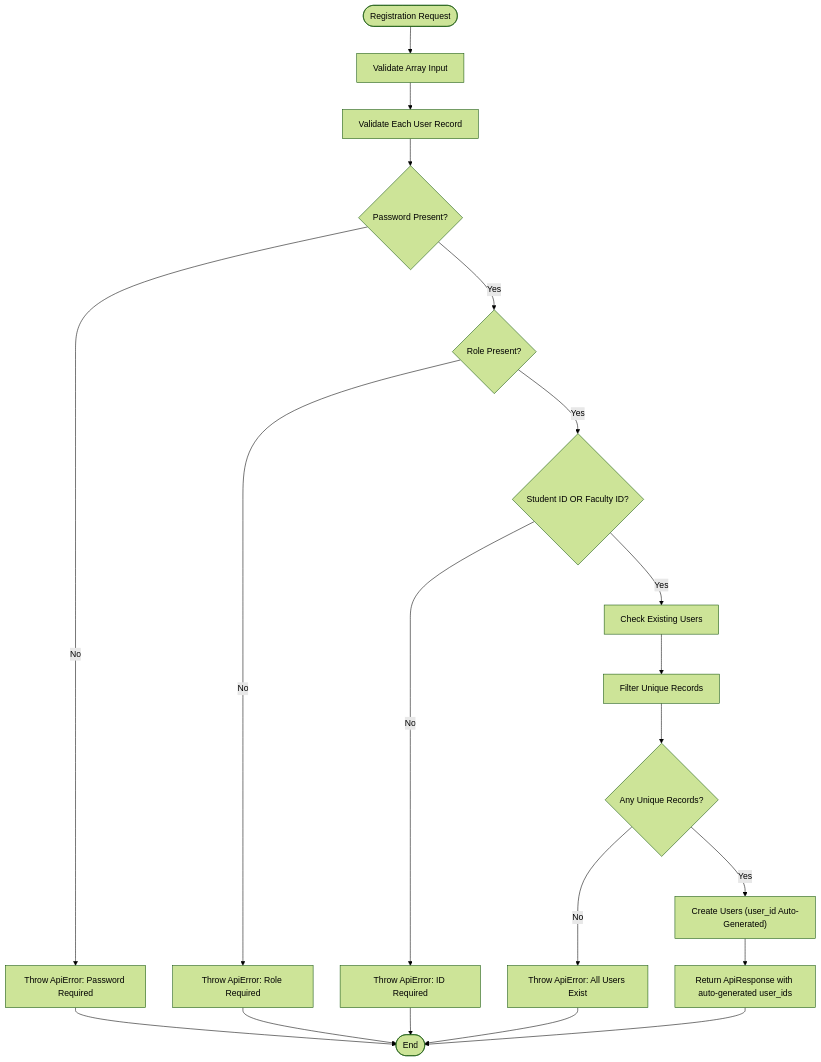
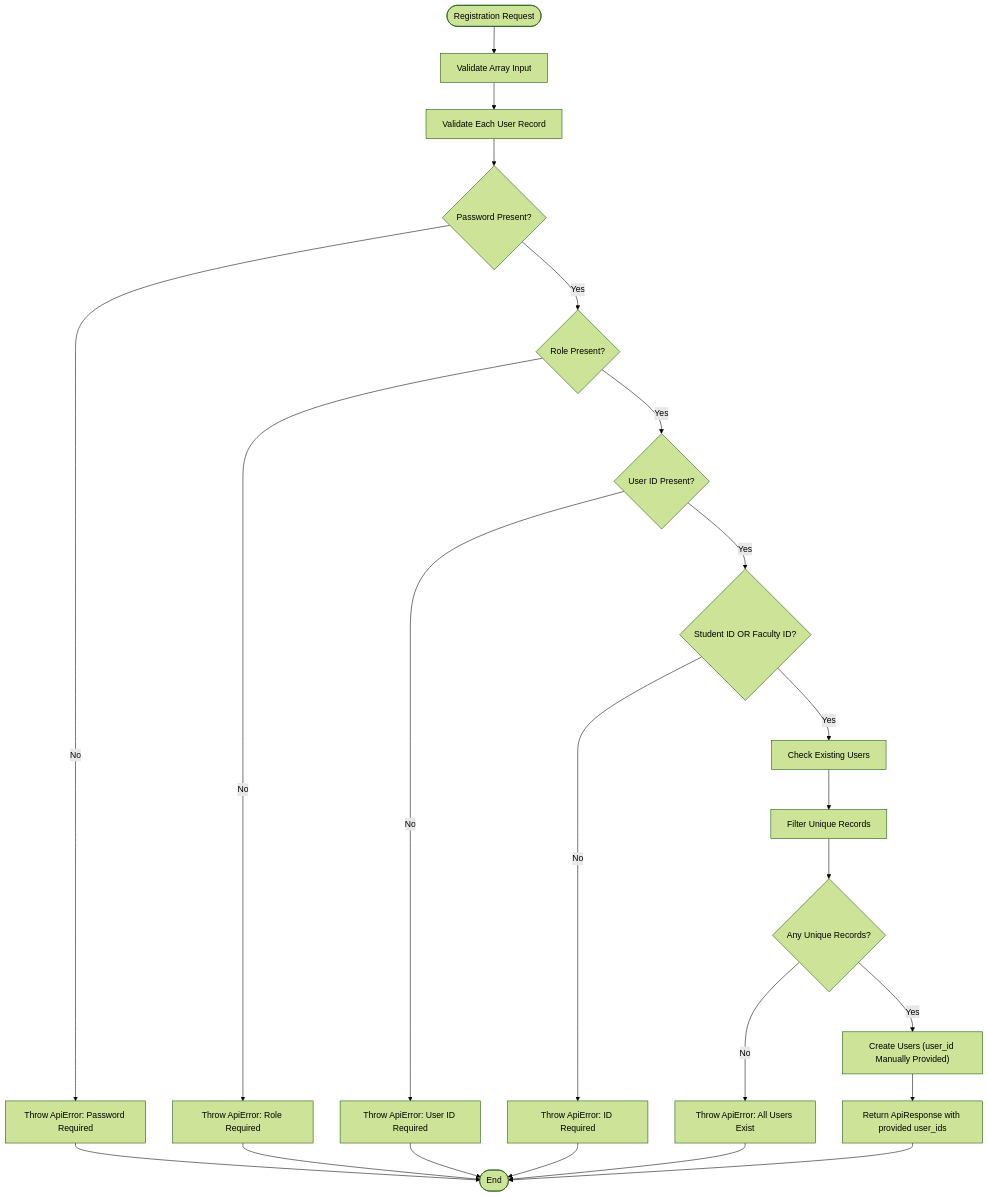
One commit to Aryan9060/Timetable-Project changed the fourth of 9 diagrams in .qoder/repowiki/en/content/Data Models & Database Schema/Core User Model.md. Above: the diagram before and after it, drawn with Mermaid (forest theme). The commit also changed other lines of this file and 8 other files, not shown here.

````diff
--- a/.qoder/repowiki/en/content/Data Models & Database Schema/Core User Model.md
+++ b/.qoder/repowiki/en/content/Data Models & Database Schema/Core User Model.md
@@ -205,22 +209,25 @@
 ```mermaid
 flowchart TD
 Start([Registration Request]) --> ValidateArray["Validate Array Input"]
 ValidateArray --> ValidateEach["Validate Each User Record"]
 ValidateEach --> CheckPassword{"Password Present?"}
 CheckPassword --> |No| ErrorPassword["Throw ApiError: Password Required"]
 CheckPassword --> |Yes| CheckRole{"Role Present?"}
 CheckRole --> |No| ErrorRole["Throw ApiError: Role Required"]
-CheckRole --> |Yes| CheckId{"Student ID OR Faculty ID?"}
+CheckRole --> |Yes| CheckUserId{"User ID Present?"}
+CheckUserId --> |No| ErrorUserId["Throw ApiError: User ID Required"]
+CheckUserId --> |Yes| CheckId{"Student ID OR Faculty ID?"}
 CheckId --> |No| ErrorId["Throw ApiError: ID Required"]
 CheckId --> |Yes| CheckDuplicates["Check Existing Users"]
 CheckDuplicates --> FilterUnique["Filter Unique Records"]
 FilterUnique --> HasUnique{"Any Unique Records?"}
 HasUnique --> |No| ErrorExists["Throw ApiError: All Users Exist"]
-HasUnique --> |Yes| CreateUser["Create Users (user_id Auto-Generated)"]
-CreateUser --> Success["Return ApiResponse with auto-generated user_ids"]
+HasUnique --> |Yes| CreateUser["Create Users (user_id Manually Provided)"]
+CreateUser --> Success["Return ApiResponse with provided user_ids"]
 ErrorPassword --> End([End])
 ErrorRole --> End
+ErrorUserId --> End
 ErrorId --> End
 ErrorExists --> End
 Success --> End
 ```
````
